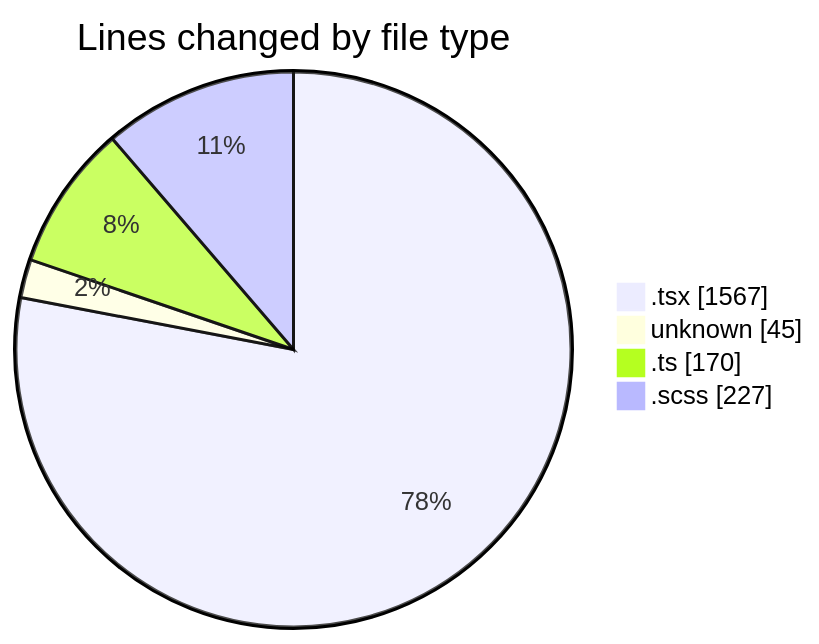
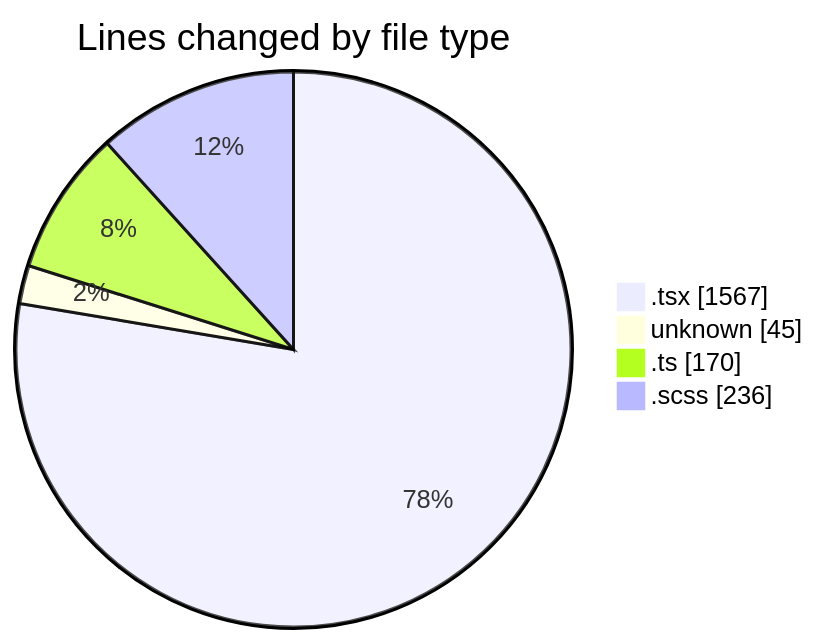
Before and after one commit to momahboobian/code-tracking: the first of 2 diagrams in 2025-09-01/cda/README.md, drawn with Mermaid. The commit also changed other lines of this file and 1 other file, not shown here.

````diff
--- a/2025-09-01/cda/README.md
+++ b/2025-09-01/cda/README.md
@@ -26,8 +26,8 @@
 ```mermaid
 pie showData
 title Lines changed by file type
 ".tsx" : 1567
 "unknown" : 45
 ".ts" : 170
-".scss" : 227
+".scss" : 236
 ```
````
